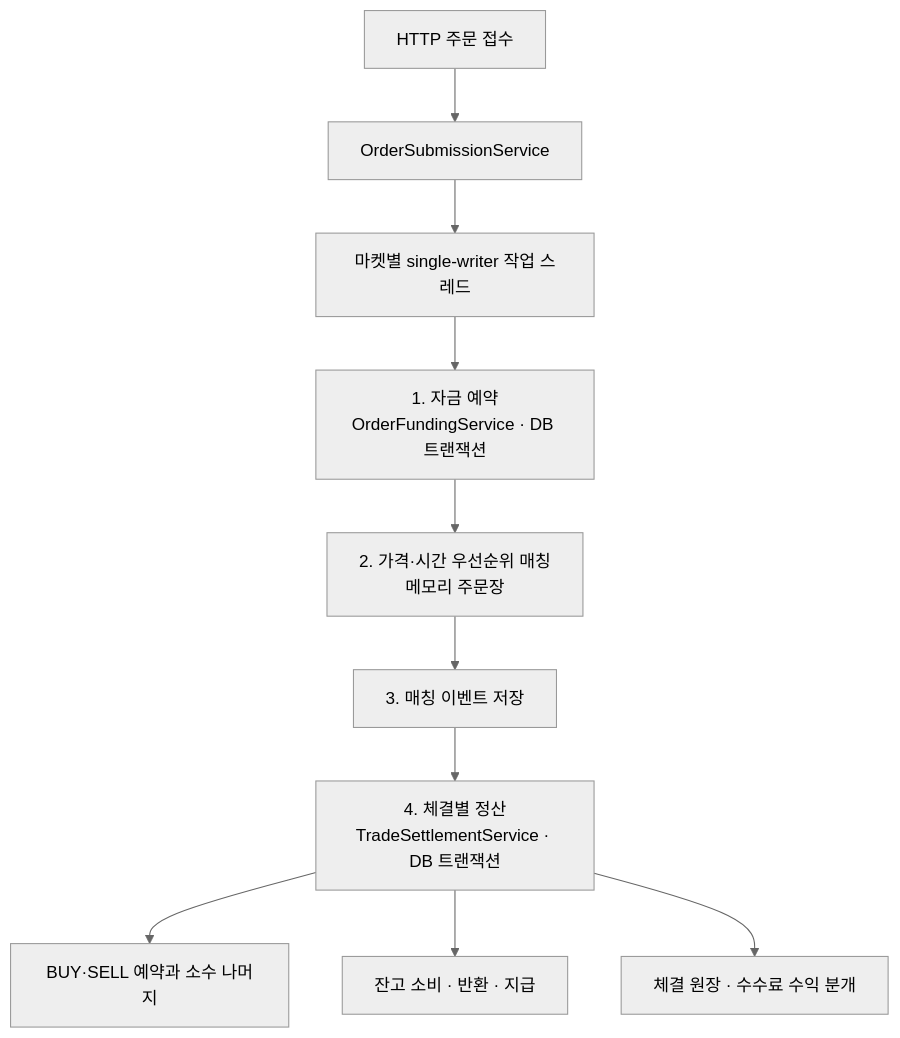
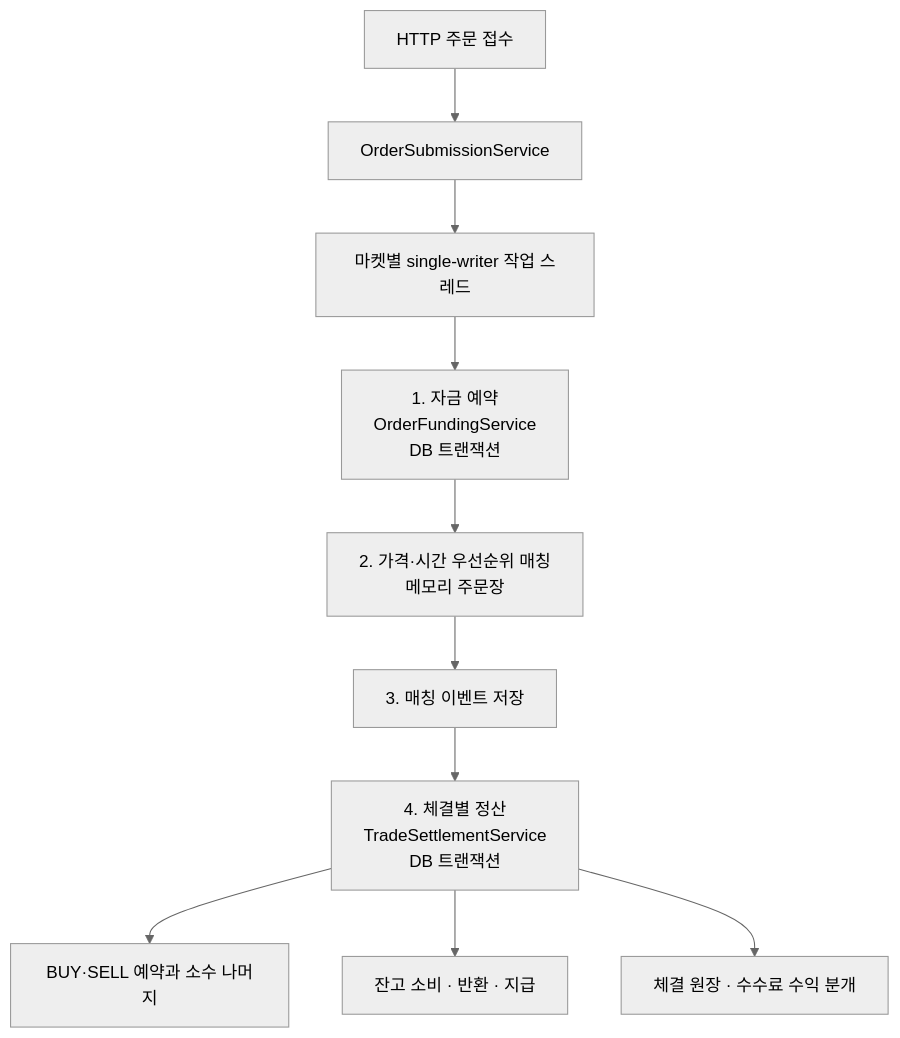
One commit to 0Chord/coin-exchange changed the diagram in README.md. Above: the diagram before and after it, drawn with Mermaid (neutral theme).

Commit message:
docs: prevent transaction labels from clipping in diagram

````diff
--- a/README.md
+++ b/README.md
@@ -39,12 +39,12 @@
 ```mermaid
 flowchart TD
     API["HTTP 주문 접수"] --> Submission["OrderSubmissionService"]
     Submission --> Worker["마켓별 single-writer 작업 스레드"]
-    Worker --> Funding["1. 자금 예약<br/>OrderFundingService · DB 트랜잭션"]
+    Worker --> Funding["1. 자금 예약<br/>OrderFundingService<br/>DB 트랜잭션"]
     Funding --> Matching["2. 가격·시간 우선순위 매칭<br/>메모리 주문장"]
     Matching --> Events["3. 매칭 이벤트 저장"]
-    Events --> Settlement["4. 체결별 정산<br/>TradeSettlementService · DB 트랜잭션"]
+    Events --> Settlement["4. 체결별 정산<br/>TradeSettlementService<br/>DB 트랜잭션"]
     Settlement --> Reservations["BUY·SELL 예약과 소수 나머지"]
     Settlement --> Balances["잔고 소비 · 반환 · 지급"]
     Settlement --> Ledger["체결 원장 · 수수료 수익 분개"]
 ```
````
